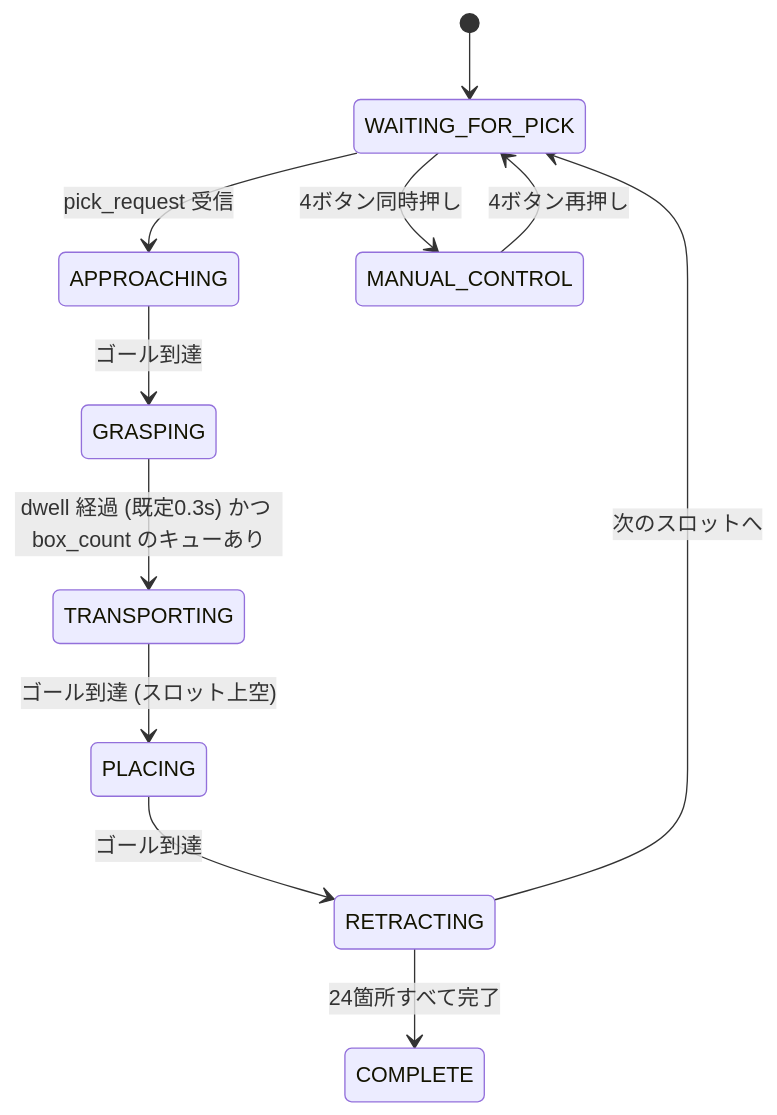
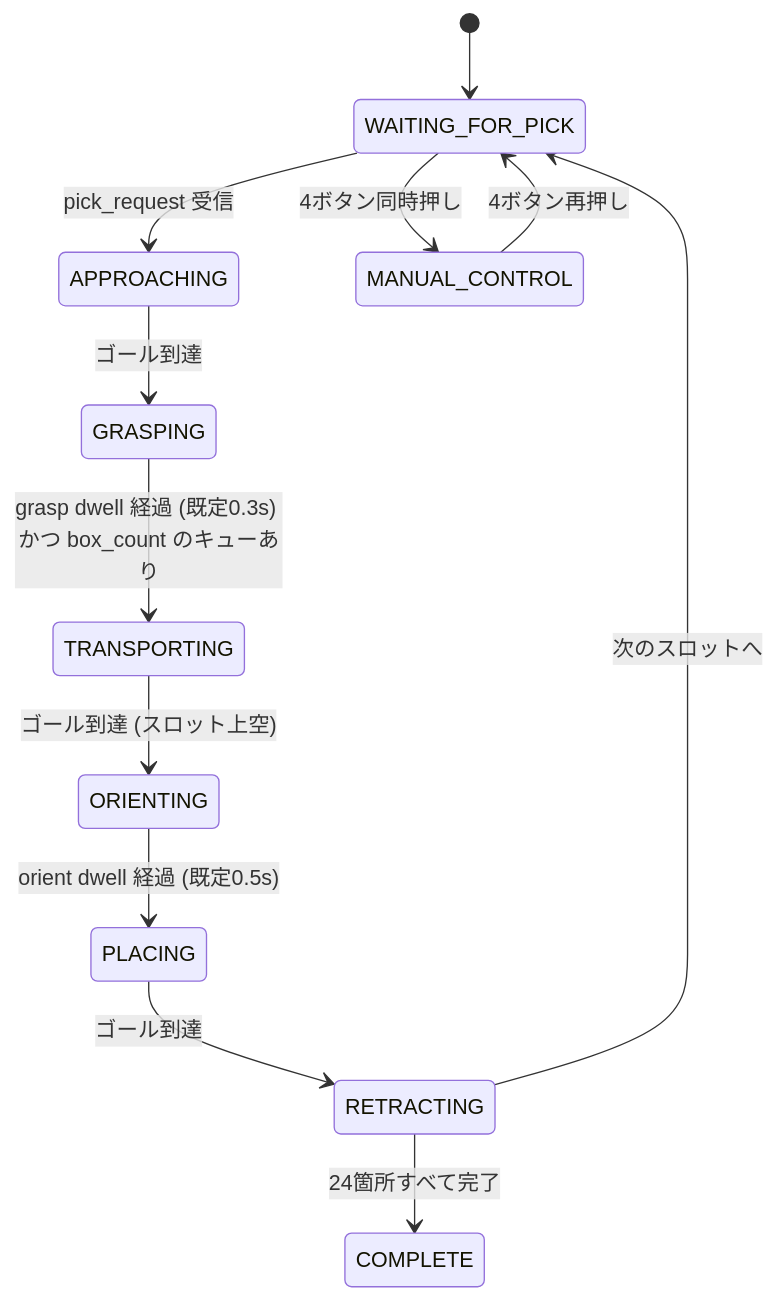
One commit to SameSameIndustry/sharmech changed the diagram in sharmech_core/docs/game_state_manager_node.md. Above: the diagram before and after it, drawn with Mermaid. The commit also changed other lines of this file and 6 other files, not shown here.

````diff
--- a/sharmech_core/docs/game_state_manager_node.md
+++ b/sharmech_core/docs/game_state_manager_node.md
@@ -110,13 +111,14 @@
 ```mermaid
 stateDiagram-v2
   [*] --> WAITING_FOR_PICK
   WAITING_FOR_PICK --> APPROACHING: pick_request 受信
   APPROACHING --> GRASPING: ゴール到達
-  GRASPING --> TRANSPORTING: dwell 経過 (既定0.3s) かつ box_count のキューあり
-  TRANSPORTING --> PLACING: ゴール到達 (スロット上空)
+  GRASPING --> TRANSPORTING: grasp dwell 経過 (既定0.3s) かつ box_count のキューあり
+  TRANSPORTING --> ORIENTING: ゴール到達 (スロット上空)
+  ORIENTING --> PLACING: orient dwell 経過 (既定0.5s)
   PLACING --> RETRACTING: ゴール到達
   RETRACTING --> WAITING_FOR_PICK: 次のスロットへ
   RETRACTING --> COMPLETE: 24箇所すべて完了
   WAITING_FOR_PICK --> MANUAL_CONTROL: 4ボタン同時押し
   MANUAL_CONTROL --> WAITING_FOR_PICK: 4ボタン再押し
 ```
````
